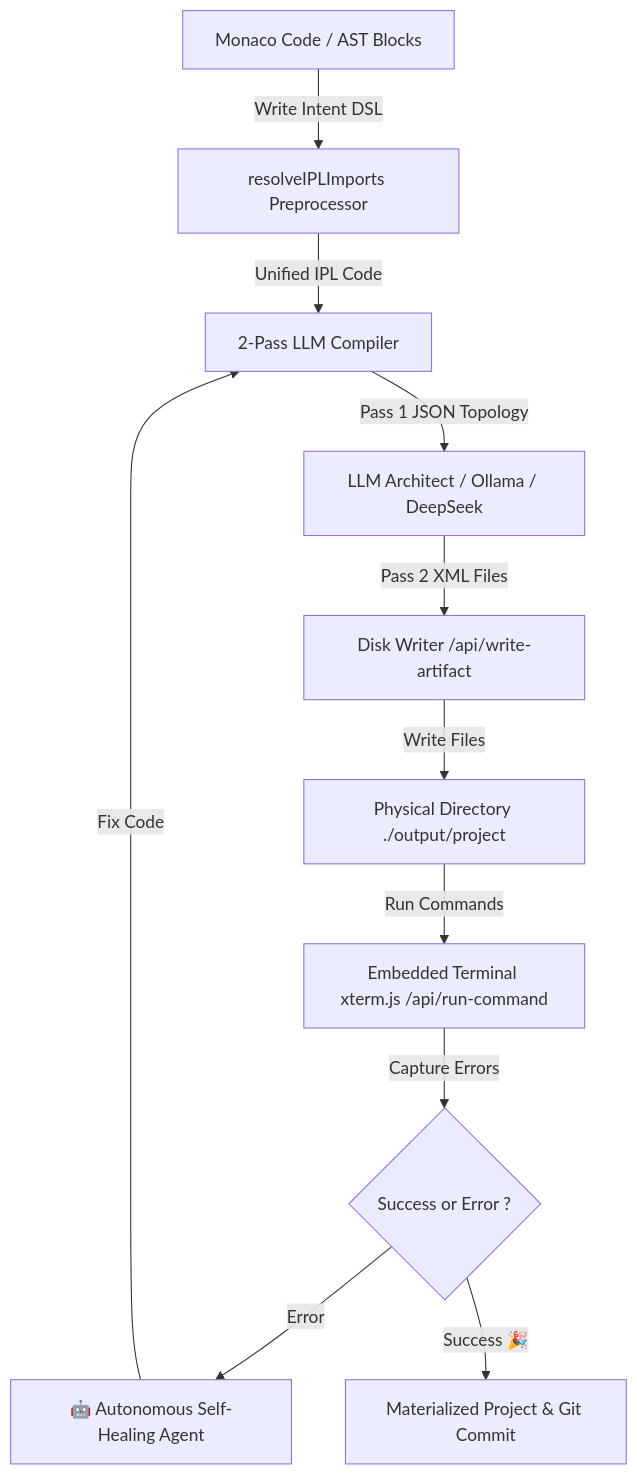
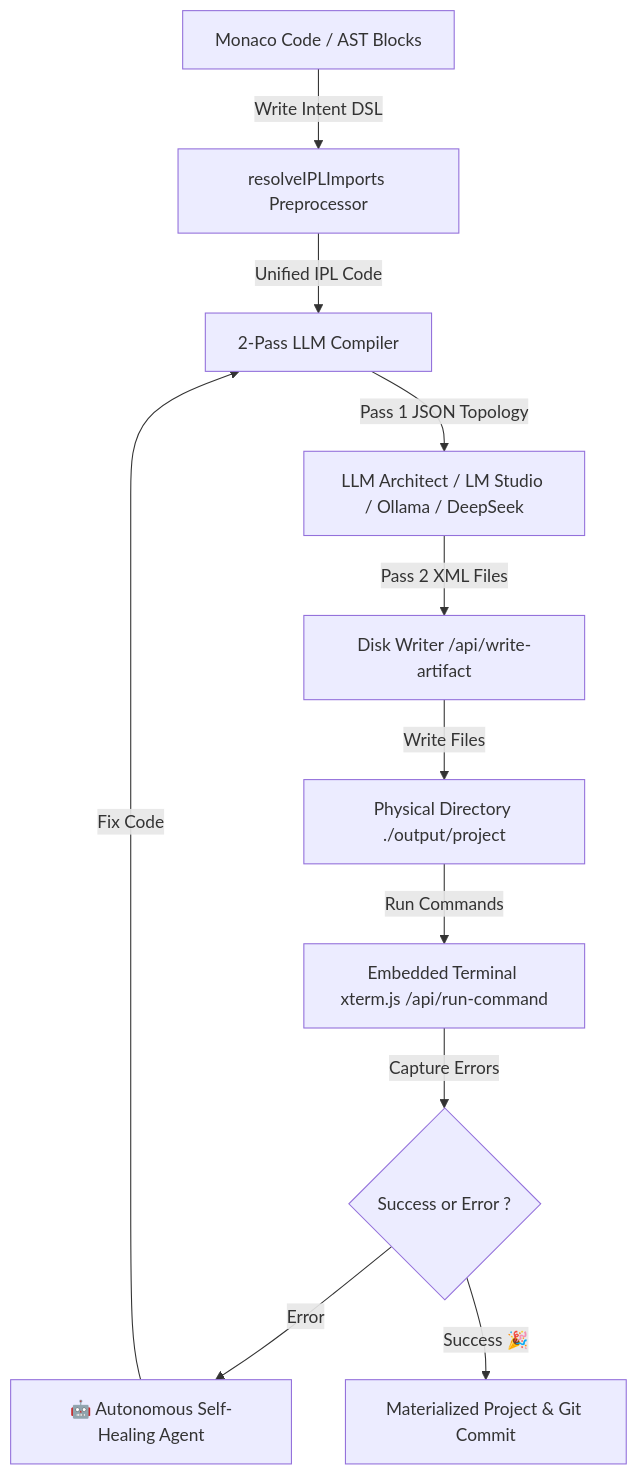
Before and after one commit to lecyberbill/IPL_STUDIO: the diagram in README.md, drawn with Mermaid. The commit also changed other lines of this file, not shown here.

Commit message:
docs: Add 7 Human Intent Types, LM Studio mode, and Monaco target code highlighting to README.md

````diff
--- a/README.md
+++ b/README.md
@@ -55,13 +66,13 @@
 ```mermaid
 flowchart TD
     A[Monaco Code / AST Blocks] -->|Write Intent DSL| B[resolveIPLImports Preprocessor]
     B -->|Unified IPL Code| C[2-Pass LLM Compiler]
-    C -->|Pass 1 JSON Topology| D[LLM Architect / Ollama / DeepSeek]
+    C -->|Pass 1 JSON Topology| D[LLM Architect / LM Studio / Ollama / DeepSeek]
     D -->|Pass 2 XML Files| E[Disk Writer /api/write-artifact]
     E -->|Write Files| F[Physical Directory ./output/project]
     F -->|Run Commands| G[Embedded Terminal xterm.js /api/run-command]
     G -->|Capture Errors| H{Success or Error ?}
     H -->|Error| I[🤖 Autonomous Self-Healing Agent]
     I -->|Fix Code| C
     H -->|Success 🎉| J[Materialized Project & Git Commit]
 ```
````
